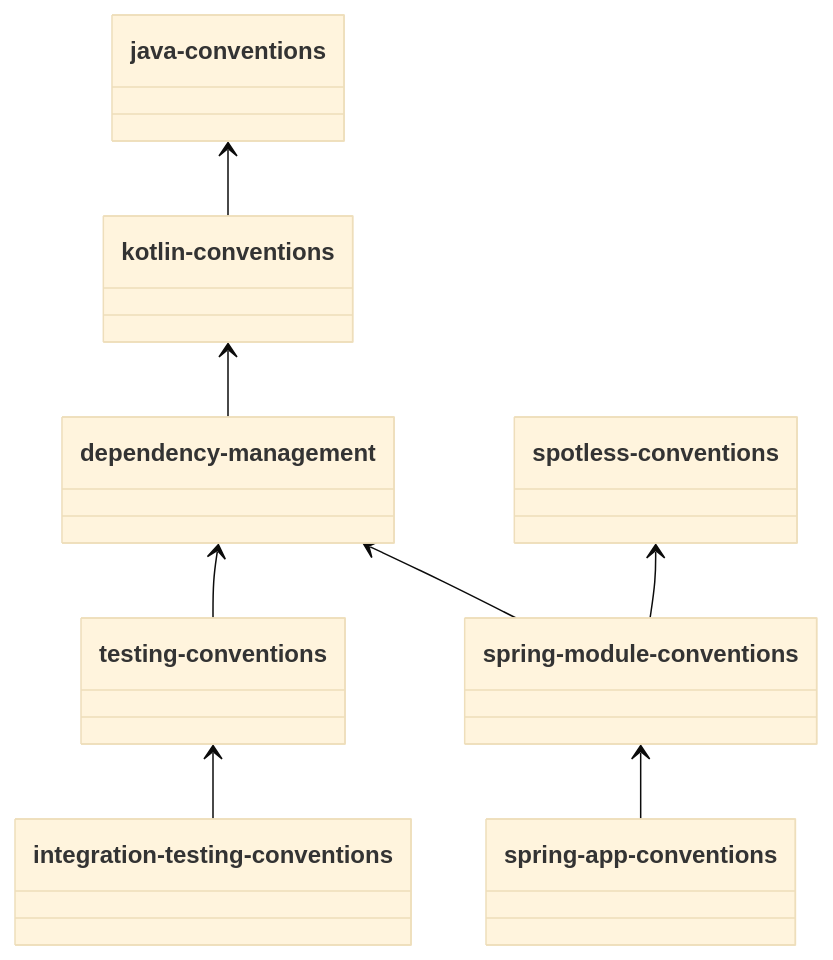
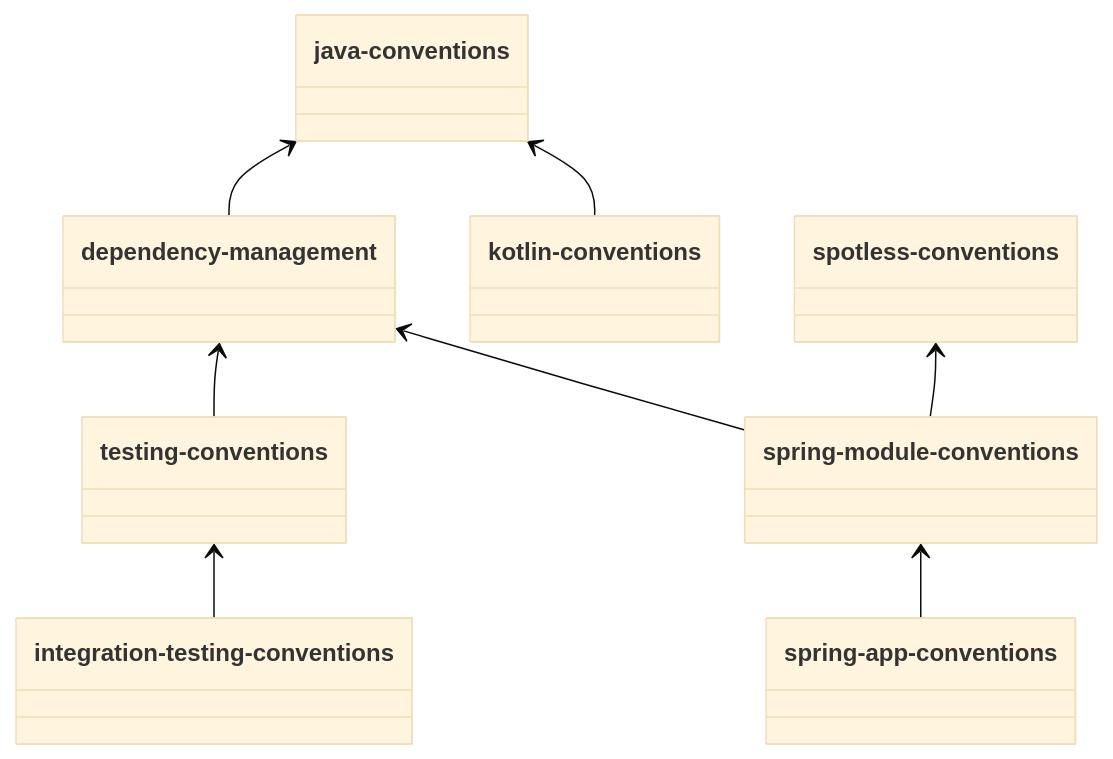
One commit to BSStudio/bss-web-admin-backend changed the diagram in buildSrc/README.md. Above: the diagram before and after it, drawn with Mermaid (base theme).

````diff
--- a/buildSrc/README.md
+++ b/buildSrc/README.md
@@ -6,22 +6,21 @@
 ```mermaid
 classDiagram
-
 direction BT
 
+class kotlin-conventions
 class java-conventions
-class kotlin-conventions
 class dependency-management
 class integration-testing-conventions
 class spotless-conventions
 class spring-app-conventions
 class spring-module-conventions
 class testing-conventions
 
 kotlin-conventions --> java-conventions
 integration-testing-conventions --> testing-conventions
 spring-app-conventions --> spring-module-conventions
 spring-module-conventions --> dependency-management
-dependency-management --> kotlin-conventions
+dependency-management --> java-conventions
 testing-conventions --> dependency-management
 spring-module-conventions --> spotless-conventions
 ```
````
